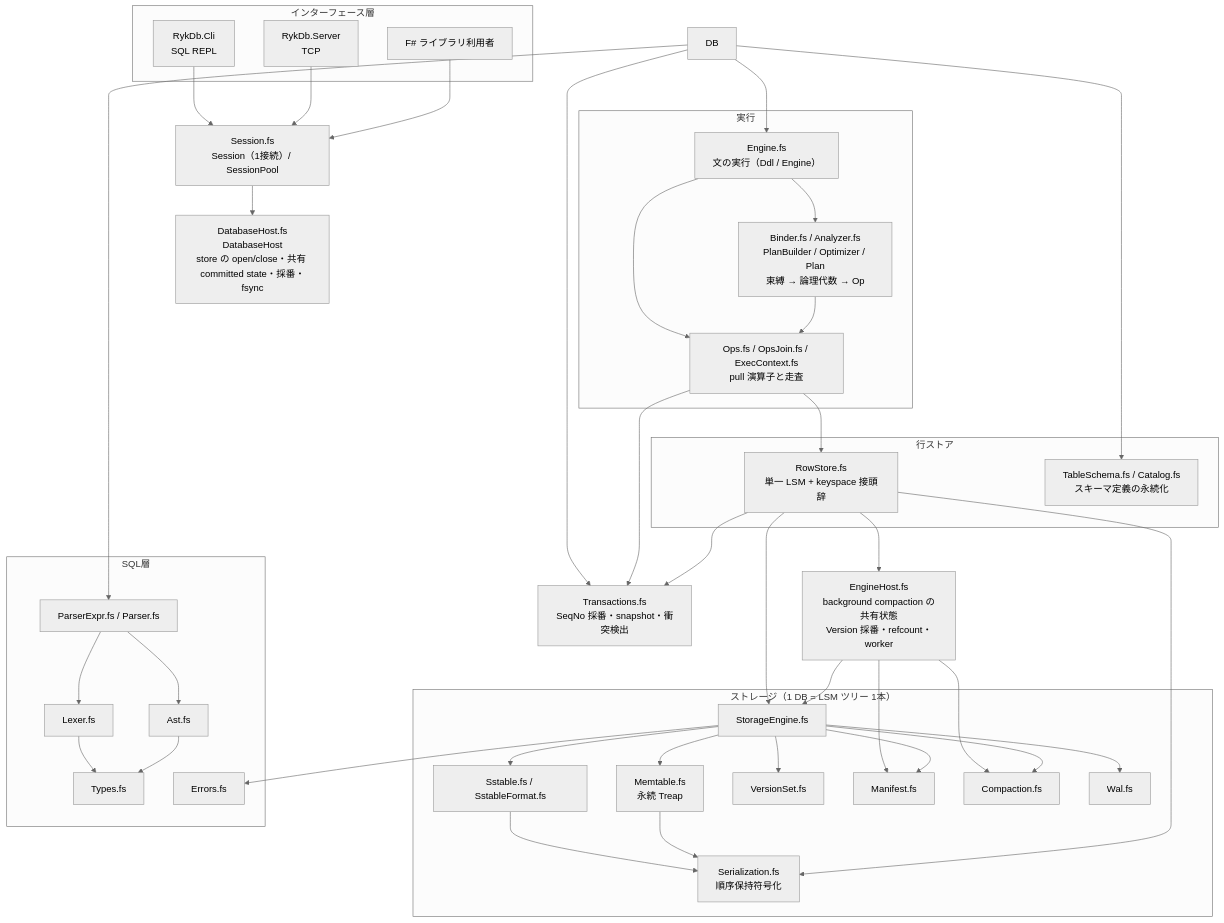
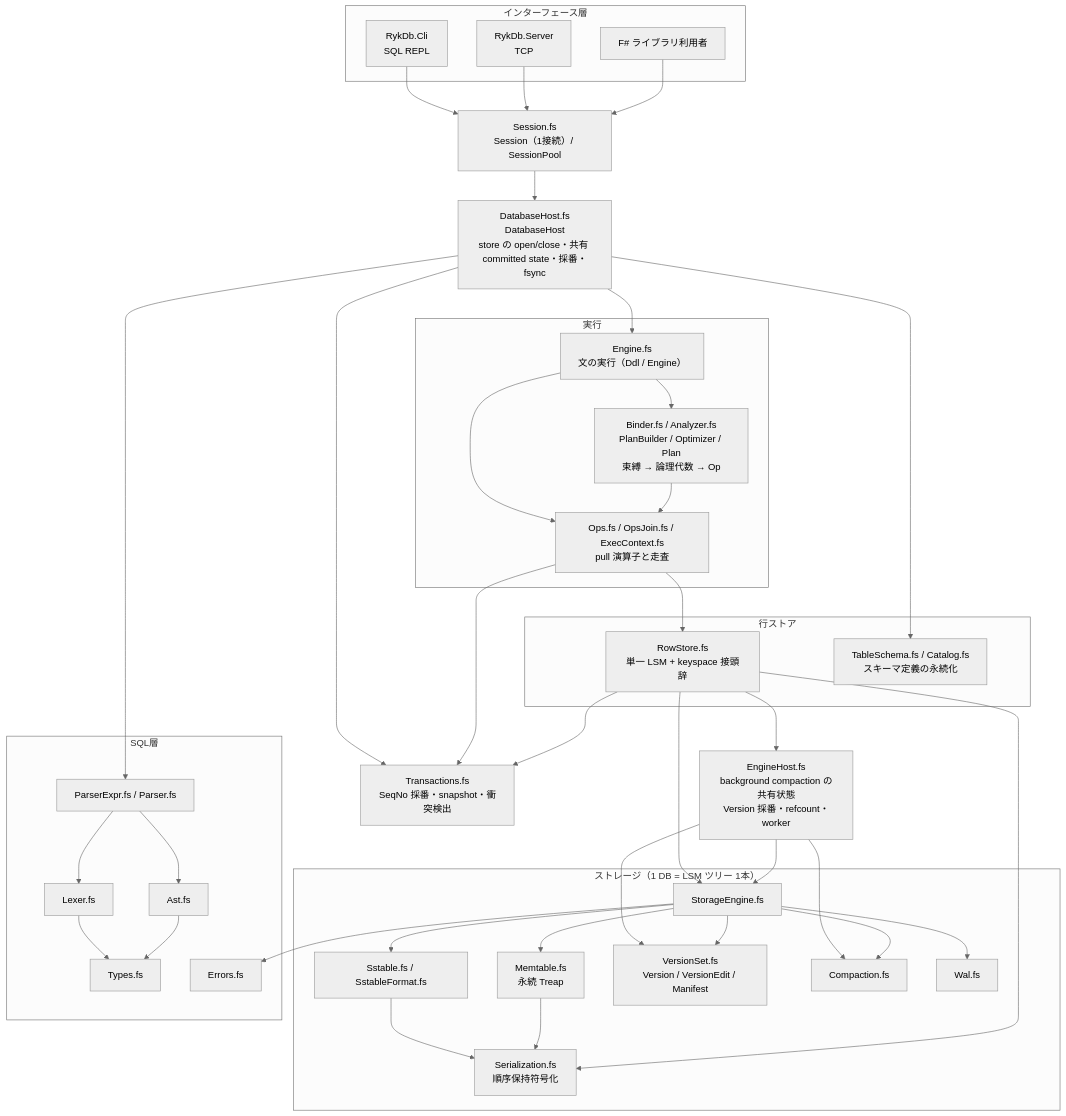
One commit to nwtks/rykdb changed the first of 2 diagrams in docs/architecture.md. Above: the diagram before and after it, drawn with Mermaid (neutral theme). The commit also changed other lines of this file and 22 other files, not shown here.

Commit message:
Update docs and comments to reflect recent refactors; rename RootGate to RootRuntime, consolidate Manifest into VersionSet, split Spill from ExtSort, and remove obsolete historical references.

````diff
--- a/docs/architecture.md
+++ b/docs/architecture.md
@@ -30,79 +30,77 @@
 ```mermaid
 flowchart TB
     subgraph IF["インターフェース層"]
         CLI["RykDb.Cli<br/>SQL REPL"]
         SRV["RykDb.Server<br/>TCP"]
         LIB["F# ライブラリ利用者"]
     end
 
     SESS["Session.fs<br/>Session（1接続）/ SessionPool"]
     HOST["DatabaseHost.fs<br/>DatabaseHost<br/>store の open/close・共有 committed state・採番・fsync"]
     SESS --> HOST
 
     subgraph EX["実行"]
         EN["Engine.fs<br/>文の実行（Ddl / Engine）"]
         PL["Binder.fs / Analyzer.fs<br/>PlanBuilder / Optimizer / Plan<br/>束縛 → 論理代数 → Op"]
         OPS["Ops.fs / OpsJoin.fs / ExecContext.fs<br/>pull 演算子と走査"]
     end
 
     subgraph ROW["行ストア"]
         RS["RowStore.fs<br/>単一 LSM + keyspace 接頭辞"]
         CAT["TableSchema.fs / Catalog.fs<br/>スキーマ定義の永続化"]
     end
 
     EHOST["EngineHost.fs<br/>background compaction の共有状態<br/>Version 採番・refcount・worker"]
 
     MVCC["Transactions.fs<br/>SeqNo 採番・snapshot・衝突検出"]
 
     subgraph ST["ストレージ（1 DB = LSM ツリー 1本）"]
         SE["StorageEngine.fs"]
         MEM["Memtable.fs<br/>永続 Treap"]
         SST["Sstable.fs / SstableFormat.fs"]
-        VS["VersionSet.fs"]
-        MF["Manifest.fs"]
+        VS["VersionSet.fs<br/>Version / VersionEdit / Manifest"]
         CO["Compaction.fs"]
         WAL["Wal.fs"]
         SER["Serialization.fs<br/>順序保持符号化"]
     end
 
     subgraph FE["SQL層"]
         P["ParserExpr.fs / Parser.fs"]
         L["Lexer.fs"]
         A["Ast.fs"]
         T["Types.fs"]
         E["Errors.fs"]
     end
 
     CLI --> SESS
     SRV --> SESS
     LIB --> SESS
-    DB --> EN
-    DB --> CAT
-    DB --> MVCC
+    HOST --> EN
+    HOST --> CAT
+    HOST --> MVCC
     EN --> PL
     EN --> OPS
     PL --> OPS
     OPS --> RS
     OPS --> MVCC
     RS --> SE
     RS --> MVCC
     RS --> EHOST
     EHOST --> SE
     EHOST --> CO
-    EHOST --> MF
+    EHOST --> VS
     SE --> MEM
     SE --> SST
     SE --> VS
-    SE --> MF
     SE --> CO
     SE --> WAL
     SST --> SER
     MEM --> SER
     RS --> SER
-    DB --> P
+    HOST --> P
     P --> L
     P --> A
     L --> T
     A --> T
     SE --> E
 ```
````
